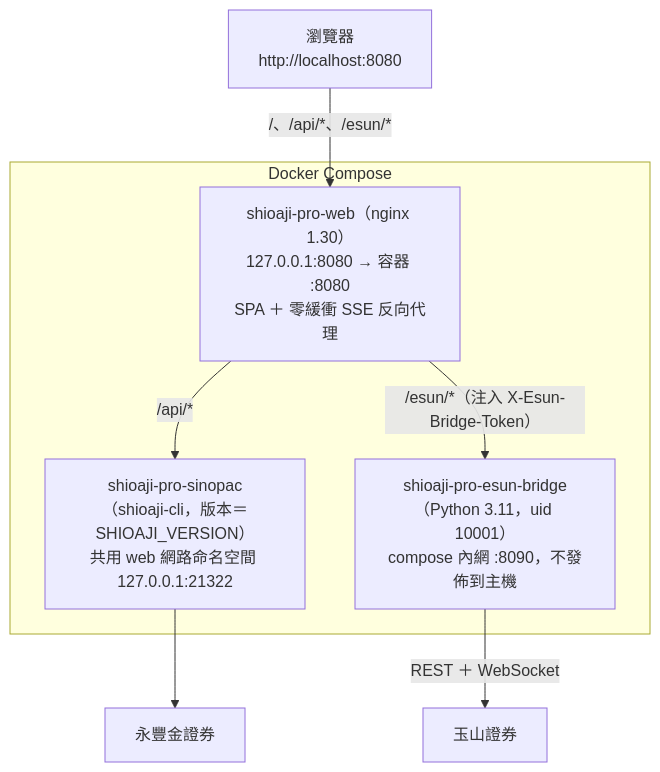
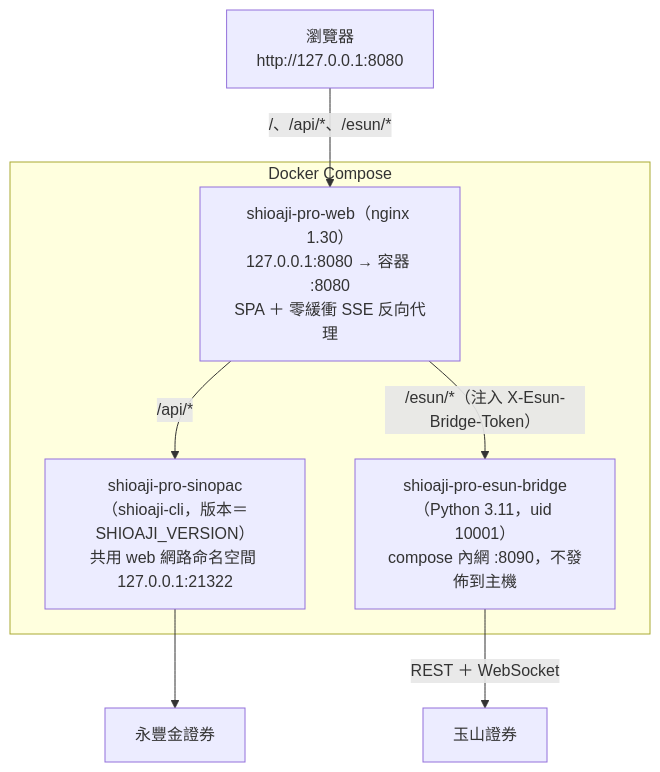
The diagram in docs/fork/esun.md (Yuno-Liu/shioaji-esun-pro), drawn with Mermaid before and after one commit. The commit also changed other lines of this file and 2 other files, not shown here.

First line of the commit message:
docs(deploy): 部署狀態與文件改用 127.0.0.1，避免 Windows 以 IPv6 解析 localhost 的連線延遲

````diff
--- a/docs/fork/esun.md
+++ b/docs/fork/esun.md
@@ -11,14 +11,14 @@
 ```mermaid
 flowchart TD
-    Client["瀏覽器<br/>http://localhost:8080"]
+    Client["瀏覽器<br/>http://127.0.0.1:8080"]
     subgraph Docker["Docker Compose"]
         Nginx["shioaji-pro-web（nginx 1.30）<br/>127.0.0.1:8080 → 容器 :8080<br/>SPA ＋ 零緩衝 SSE 反向代理"]
         Sinopac["shioaji-pro-sinopac（shioaji-cli，版本＝SHIOAJI_VERSION）<br/>共用 web 網路命名空間 127.0.0.1:21322"]
         EsunBridge["shioaji-pro-esun-bridge（Python 3.11，uid 10001）<br/>compose 內網 :8090，不發佈到主機"]
     end
     Client -->|"/、/api/*、/esun/*"| Nginx
     Nginx -->|"/api/*"| Sinopac
     Nginx -->|"/esun/*（注入 X-Esun-Bridge-Token）"| EsunBridge
     Sinopac --> SinopacCloud["永豐金證券"]
     EsunBridge -->|"REST ＋ WebSocket"| EsunCloud["玉山證券"]
 ```
````
